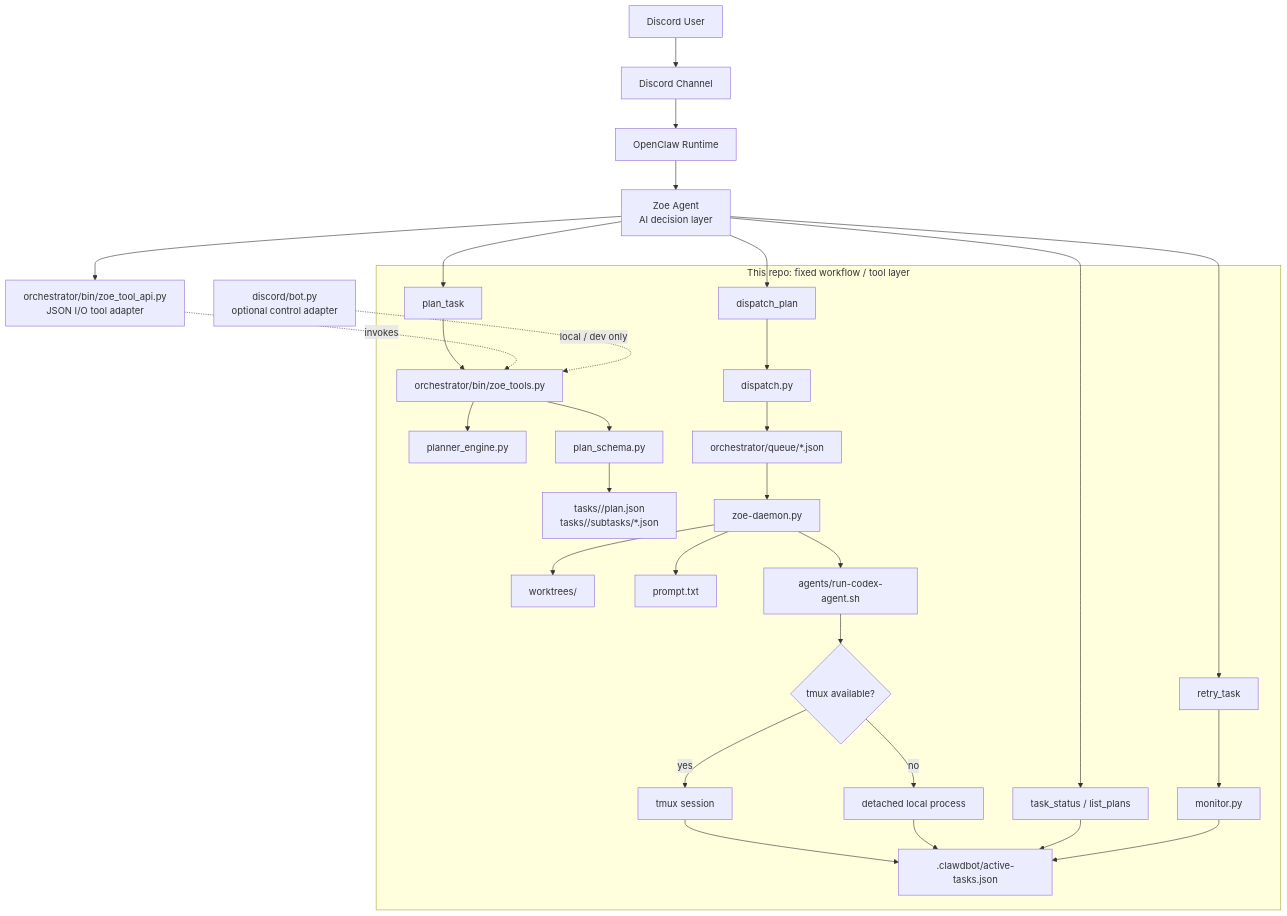
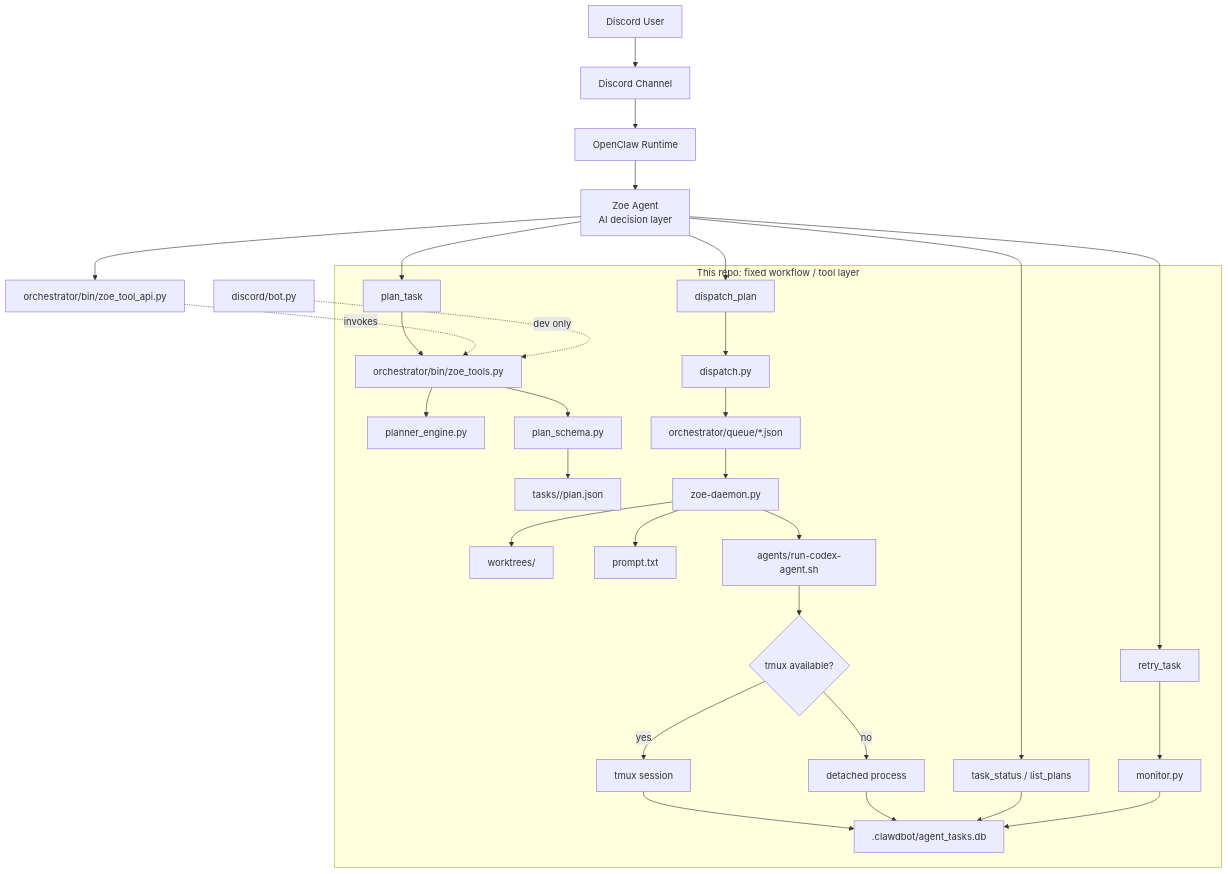
Before and after one commit to gordon8018/ai-devops: the diagram in README.md, drawn with Mermaid. The commit also changed other lines of this file, not shown here.

````diff
--- a/README.md
+++ b/README.md
@@ -26,42 +31,41 @@
 ```mermaid
 flowchart TD
     U[Discord User] --> DC[Discord Channel]
     DC --> OC[OpenClaw Runtime]
     OC --> Z[Zoe Agent<br/>AI decision layer]
 
     Z --> T1[plan_task]
     Z --> T2[dispatch_plan]
     Z --> T3[task_status / list_plans]
     Z --> T4[retry_task]
 
     subgraph ToolLayer["This repo: fixed workflow / tool layer"]
         T1 --> P[orchestrator/bin/zoe_tools.py]
         P --> E[planner_engine.py]
         P --> S[plan_schema.py]
-        S --> T[tasks/<planId>/plan.json<br/>tasks/<planId>/subtasks/*.json]
+        S --> T[tasks/<planId>/plan.json]
 
         T2 --> D[dispatch.py]
         D --> Q[orchestrator/queue/*.json]
 
         Q --> ZD[zoe-daemon.py]
         ZD --> W[worktrees/]
         ZD --> PR[prompt.txt]
         ZD --> A[agents/run-codex-agent.sh]
 
         A --> X{tmux available?}
         X -->|yes| TM[tmux session]
-        X -->|no| BG[detached local process]
+        X -->|no| BG[detached process]
 
-        TM --> REG[.clawdbot/active-tasks.json]
+        TM --> REG[.clawdbot/agent_tasks.db]
         BG --> REG
 
         T3 --> REG
         T4 --> M[monitor.py]
         M --> REG
     end
 
-    Z --> API[orchestrator/bin/zoe_tool_api.py<br/>JSON I/O tool adapter]
+    Z --> API[orchestrator/bin/zoe_tool_api.py]
     API -. invokes .-> P
-
-    B[discord/bot.py<br/>optional control adapter] -. local / dev only .-> P
+    B[discord/bot.py] -. dev only .-> P
 ```
````
